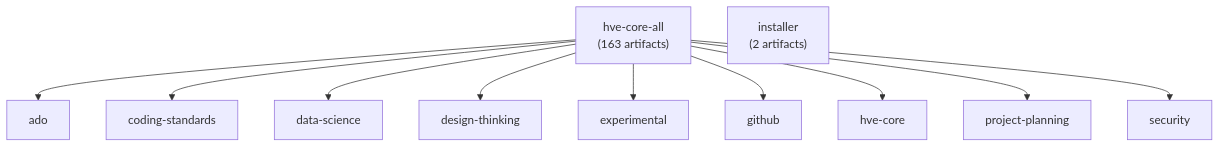
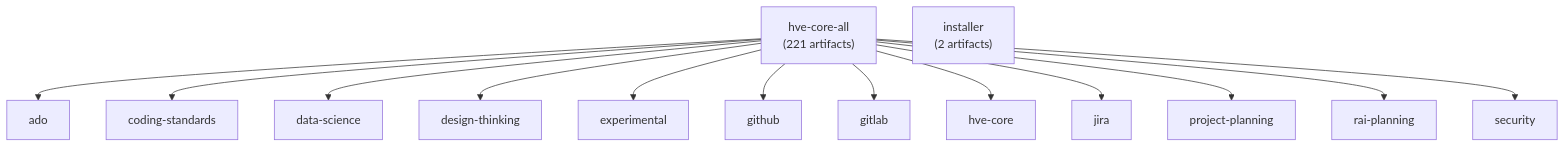
One commit to microsoft/hve-core changed the diagram in docs/getting-started/collections.md. Above: the diagram before and after it, drawn with Mermaid. The commit also changed other lines of this file and 13 other files, not shown here.

````diff
--- a/docs/getting-started/collections.md
+++ b/docs/getting-started/collections.md
@@ -52,25 +55,31 @@
 ```mermaid
 graph TD
-    HCA["hve-core-all<br/>(163 artifacts)"]
+    HCA["hve-core-all<br/>(221 artifacts)"]
     INS["installer<br/>(2 artifacts)"]
 
     ADO["ado"]
     CS["coding-standards"]
     DS["data-science"]
     DT["design-thinking"]
     EXP["experimental"]
     GH["github"]
+    GL["gitlab"]
     HC["hve-core"]
+    JR["jira"]
     PP["project-planning"]
+    RP["rai-planning"]
     SP["security"]
 
     HCA --> ADO
     HCA --> CS
     HCA --> DS
     HCA --> DT
     HCA --> EXP
     HCA --> GH
+    HCA --> GL
     HCA --> HC
+    HCA --> JR
     HCA --> PP
+    HCA --> RP
     HCA --> SP
 ```
````
